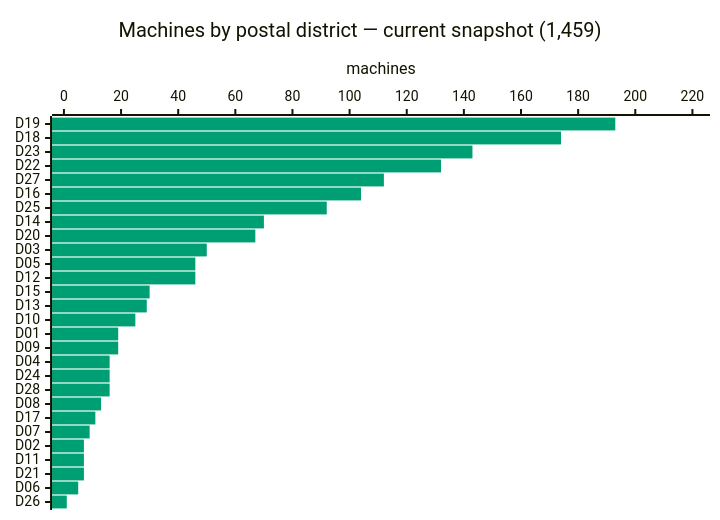
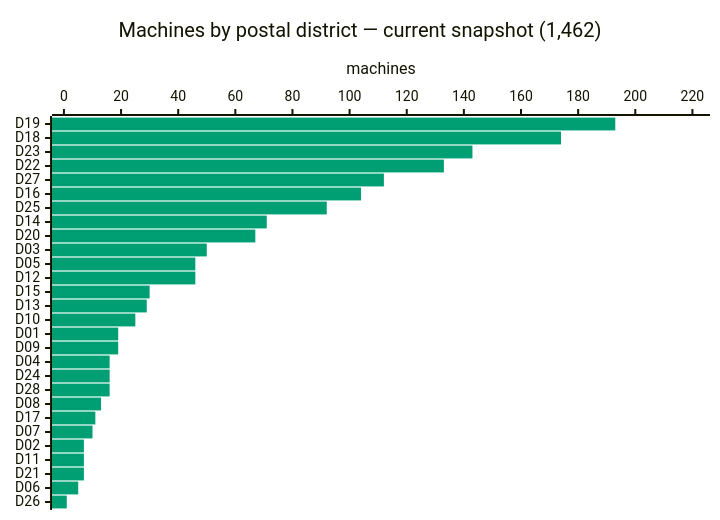
One commit to cheeaun/returnright-data changed the third of 5 diagrams in ANALYSIS.md. Above: the diagram before and after it, drawn with Mermaid. The commit also changed other lines of this file and 4 other files, not shown here.

````diff
--- a/ANALYSIS.md
+++ b/ANALYSIS.md
@@ -90,16 +90,16 @@
 ```mermaid
 ---
 config:
   themeVariables:
     xyChart:
       plotColorPalette: "#009E73"
   xyChart:
     chartOrientation: "horizontal"
     plotReservedSpacePercent: 40
 ---
 xychart-beta
-    title "Machines by postal district — current snapshot (1,459)"
+    title "Machines by postal district — current snapshot (1,462)"
     x-axis ["D19", "D18", "D23", "D22", "D27", "D16", "D25", "D14", "D20", "D03", "D05", "D12", "D15", "D13", "D10", "D01", "D09", "D04", "D24", "D28", "D08", "D17", "D07", "D02", "D11", "D21", "D06", "D26"]
     y-axis "machines" 0 --> 222
-    bar [193, 174, 143, 132, 112, 104, 92, 70, 67, 50, 46, 46, 30, 29, 25, 19, 19, 16, 16, 16, 13, 11, 9, 7, 7, 7, 5, 1]
+    bar [193, 174, 143, 133, 112, 104, 92, 71, 67, 50, 46, 46, 30, 29, 25, 19, 19, 16, 16, 16, 13, 11, 10, 7, 7, 7, 5, 1]
 ```
````
